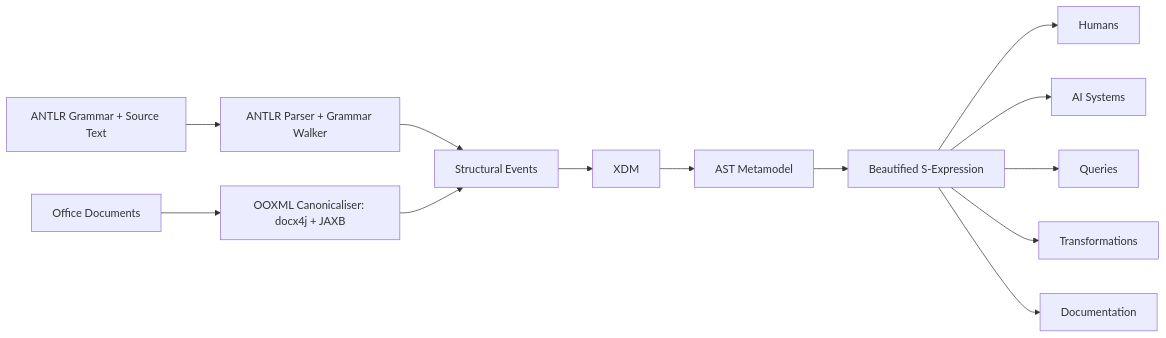
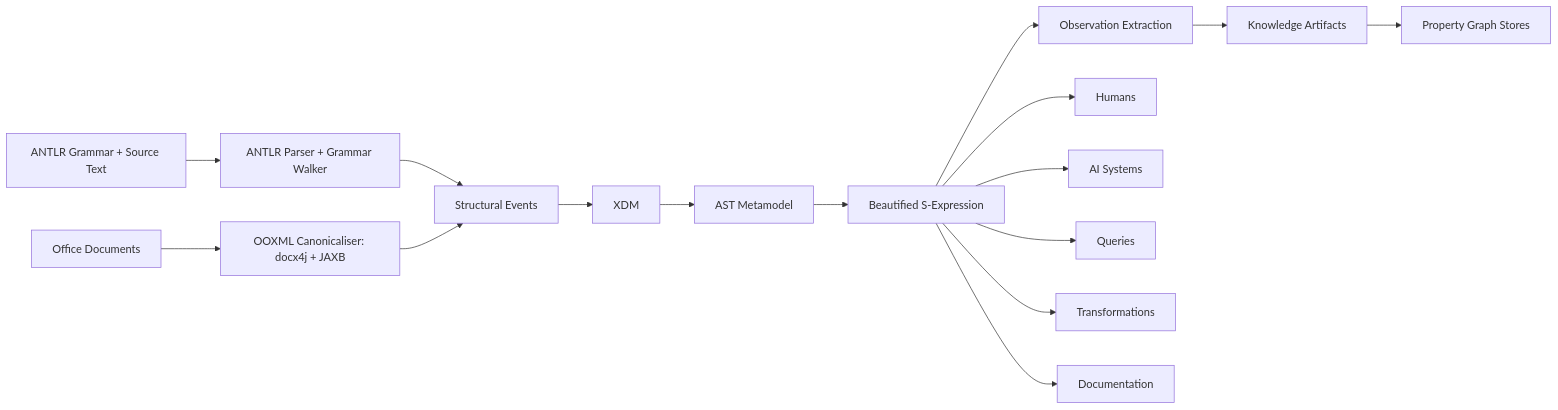
One commit to jurgenei/jurgenei changed the fifth of 6 diagrams in papers/UKIR_XDM_AST_SExpr_Paper.md. Above: the diagram before and after it, drawn with Mermaid. The commit also changed other lines of this file, not shown here.

Commit message:
add property graphs

````diff
--- a/papers/UKIR_XDM_AST_SExpr_Paper.md
+++ b/papers/UKIR_XDM_AST_SExpr_Paper.md
@@ -296,16 +298,19 @@
 ```mermaid
 flowchart LR
     G[ANTLR Grammar + Source Text] --> A[ANTLR Parser + Grammar Walker]
     O[Office Documents] --> C[OOXML Canonicaliser: docx4j + JAXB]
     A --> E[Structural Events]
     C --> E
     E --> X[XDM]
     X --> M[AST Metamodel]
     M --> S[Beautified S-Expression]
+    S --> OX[Observation Extraction]
+    OX --> KX[Knowledge Artifacts]
+    KX --> PG[Property Graph Stores]
 
     S --> H[Humans]
     S --> AI[AI Systems]
     S --> Q[Queries]
     S --> T[Transformations]
     S --> D[Documentation]
 ```
````
